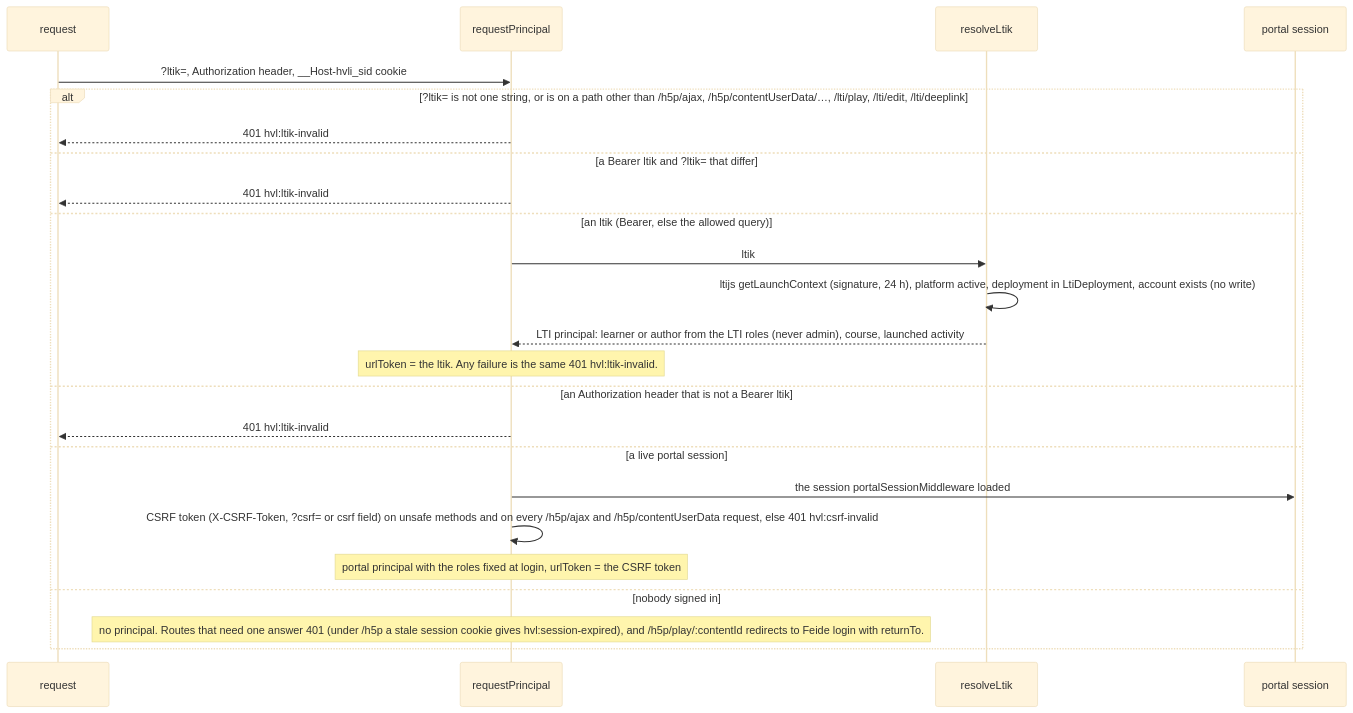
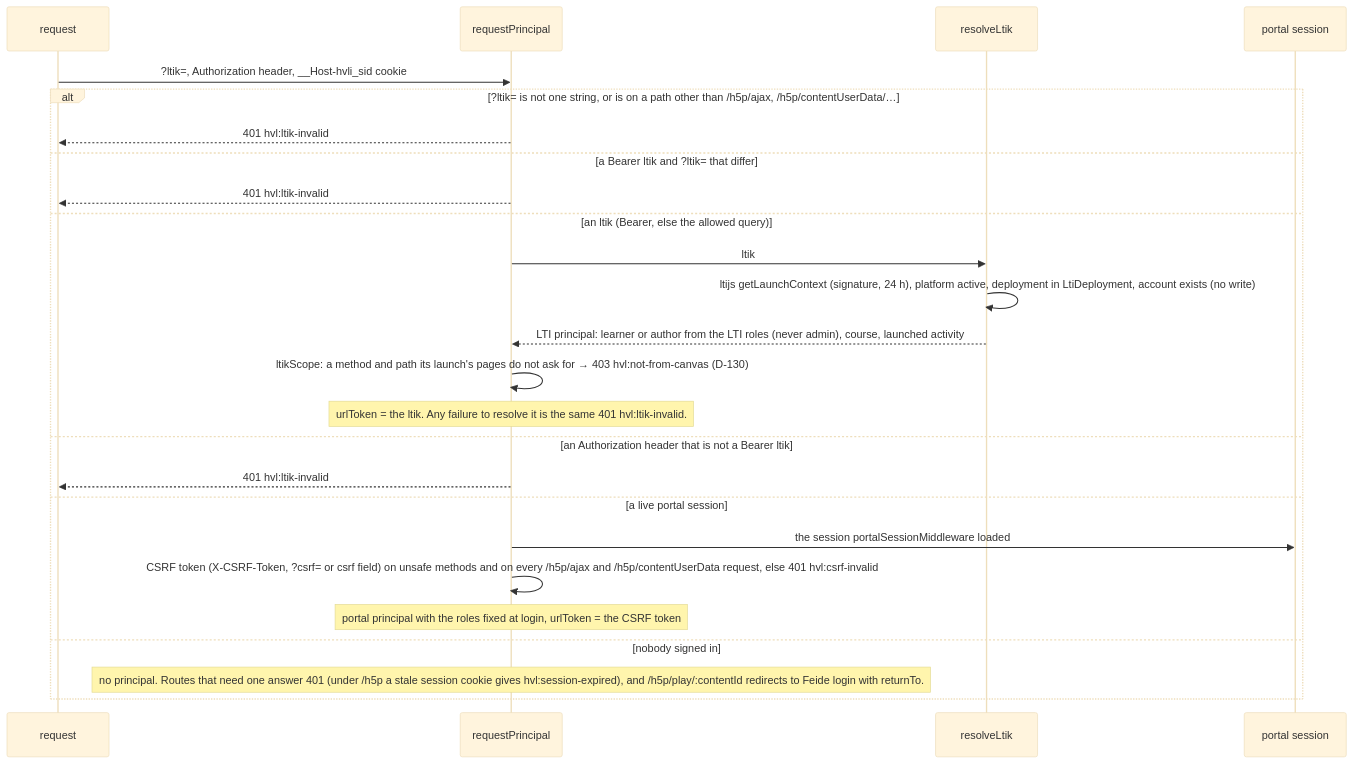
The fourth of 11 diagrams in apps/server/README.md (bobthebob58/HVL-INTERAKTIV), drawn with Mermaid (base theme) before and after one commit. The commit also changed other lines of this file, not shown here.

````diff
--- a/apps/server/README.md
+++ b/apps/server/README.md
@@ -298,26 +337,27 @@
 ```mermaid
 sequenceDiagram
     participant Req as request
     participant RP as requestPrincipal
     participant LT as resolveLtik
     participant PS as portal session
     Req->>RP: ?ltik=, Authorization header, __Host-hvli_sid cookie
-    alt ?ltik= is not one string, or is on a path other than /h5p/ajax, /h5p/contentUserData/…, /lti/play, /lti/edit, /lti/deeplink
+    alt ?ltik= is not one string, or is on a path other than /h5p/ajax, /h5p/contentUserData/…
         RP-->>Req: 401 hvl:ltik-invalid
     else a Bearer ltik and ?ltik= that differ
         RP-->>Req: 401 hvl:ltik-invalid
     else an ltik (Bearer, else the allowed query)
         RP->>LT: ltik
         LT->>LT: ltijs getLaunchContext (signature, 24 h), platform active, deployment in LtiDeployment, account exists (no write)
         LT-->>RP: LTI principal: learner or author from the LTI roles (never admin), course, launched activity
-        Note over RP: urlToken = the ltik. Any failure is the same 401 hvl:ltik-invalid.
+        RP->>RP: ltikScope: a method and path its launch's pages do not ask for → 403 hvl:not-from-canvas (D-130)
+        Note over RP: urlToken = the ltik. Any failure to resolve it is the same 401 hvl:ltik-invalid.
     else an Authorization header that is not a Bearer ltik
         RP-->>Req: 401 hvl:ltik-invalid
     else a live portal session
         RP->>PS: the session portalSessionMiddleware loaded
         RP->>RP: CSRF token (X-CSRF-Token, ?csrf= or csrf field) on unsafe methods and on every /h5p/ajax and /h5p/contentUserData request, else 401 hvl:csrf-invalid
         Note over RP: portal principal with the roles fixed at login, urlToken = the CSRF token
     else nobody signed in
         Note over RP: no principal. Routes that need one answer 401 (under /h5p a stale session cookie gives hvl:session-expired), and /h5p/play/:contentId redirects to Feide login with returnTo.
     end
 ```
````
